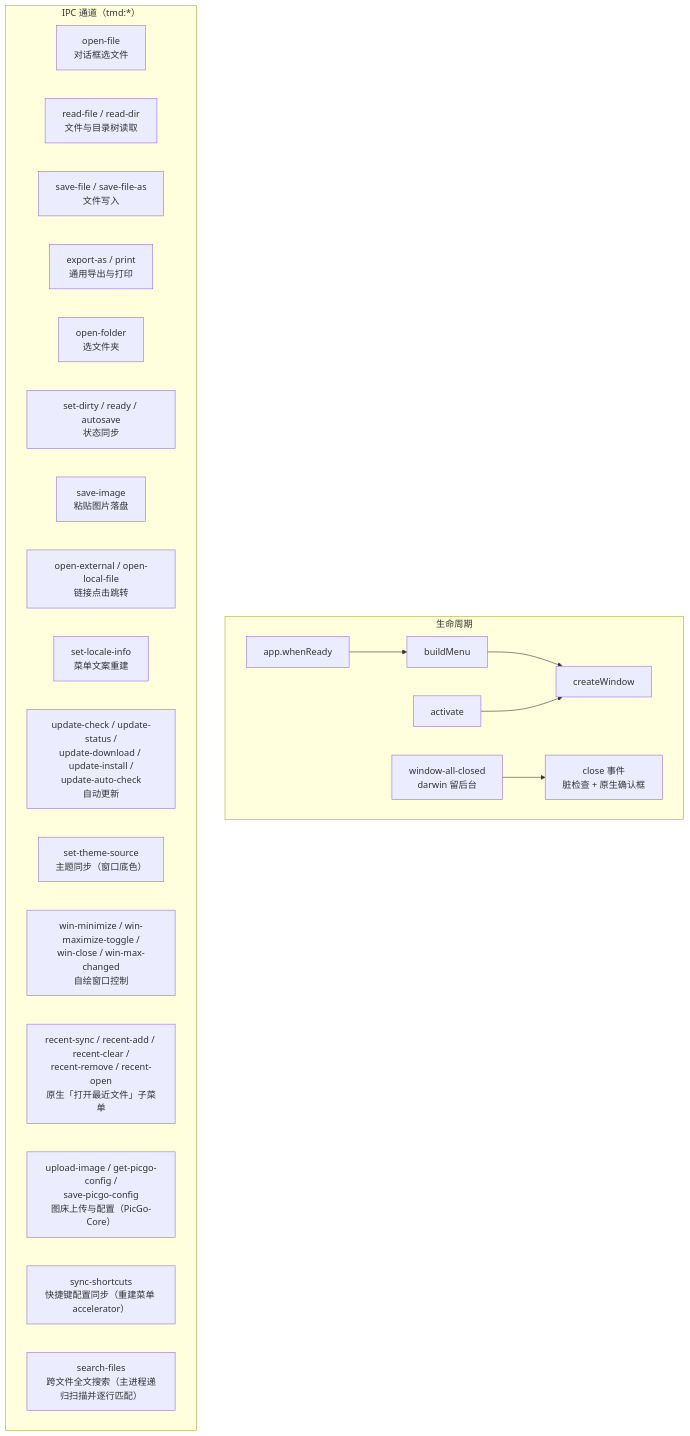
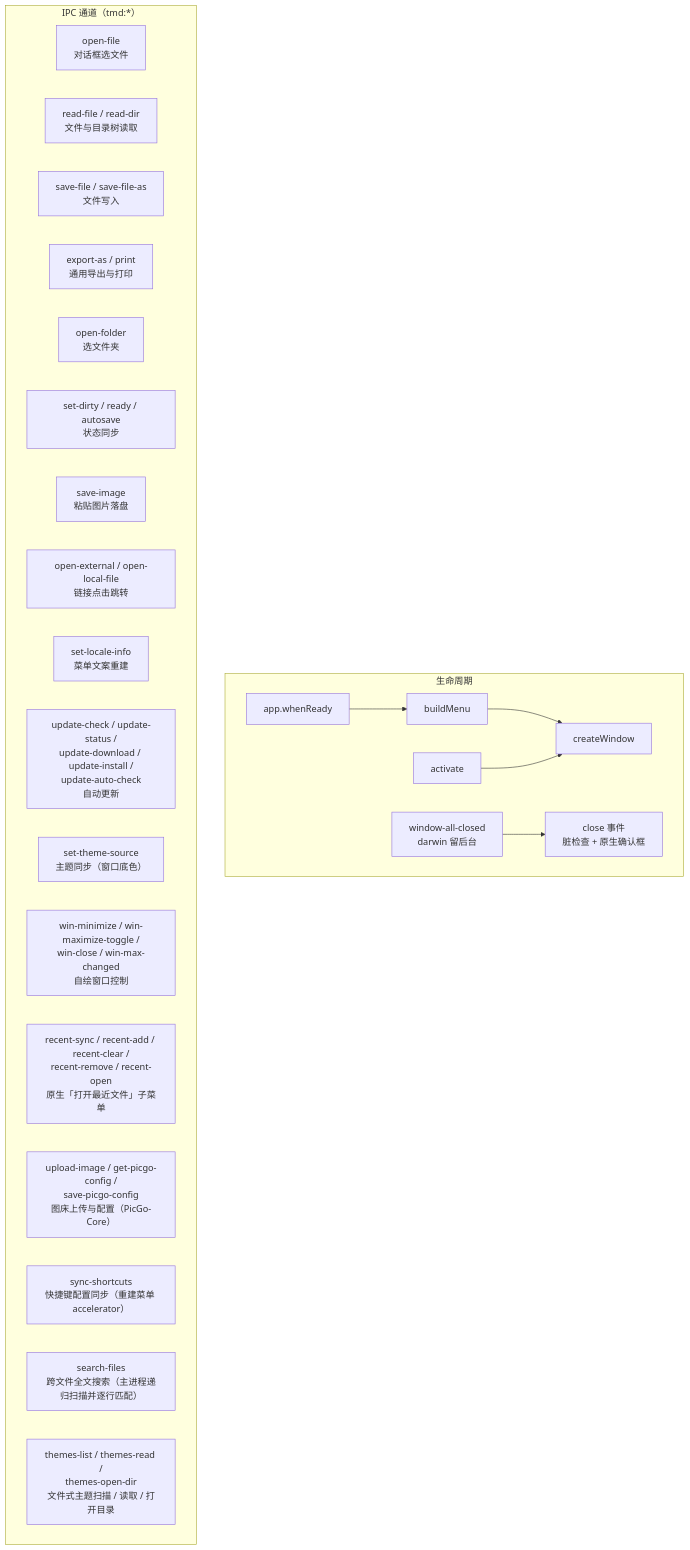
One commit to ChiangyangNPU/tmd changed the fourth of 4 diagrams in docs/架构设计.md. Above: the diagram before and after it, drawn with Mermaid. The commit also changed other lines of this file and 21 other files, not shown here.

````diff
--- a/docs/架构设计.md
+++ b/docs/架构设计.md
@@ -204,27 +204,28 @@
 ```mermaid
 flowchart TB
     subgraph 生命周期
         L1[app.whenReady] --> L2[buildMenu] --> L3[createWindow]
         L4[activate] --> L3
         L5[window-all-closed<br/>darwin 留后台] --> L6[close 事件<br/>脏检查 + 原生确认框]
     end
 
     subgraph IPC["IPC 通道（tmd:*）"]
         C1[open-file<br/>对话框选文件]
         C2[read-file / read-dir<br/>文件与目录树读取]
         C3[save-file / save-file-as<br/>文件写入]
         C4[export-as / print<br/>通用导出与打印]
         C5[open-folder<br/>选文件夹]
         C6[set-dirty / ready / autosave<br/>状态同步]
         C7[save-image<br/>粘贴图片落盘]
         C7B[open-external / open-local-file<br/>链接点击跳转]
         C8[set-locale-info<br/>菜单文案重建]
         C9[update-check / update-status /<br/>update-download / update-install /<br/>update-auto-check<br/>自动更新]
         C10[set-theme-source<br/>主题同步（窗口底色）]
         C11[win-minimize / win-maximize-toggle /<br/>win-close / win-max-changed<br/>自绘窗口控制]
         C12[recent-sync / recent-add / recent-clear /<br/>recent-remove / recent-open<br/>原生「打开最近文件」子菜单]
         C13[upload-image / get-picgo-config /<br/>save-picgo-config<br/>图床上传与配置（PicGo-Core）]
         C14[sync-shortcuts<br/>快捷键配置同步（重建菜单 accelerator）]
         C15[search-files<br/>跨文件全文搜索（主进程递归扫描并逐行匹配）]
+        C16[themes-list / themes-read /<br/>themes-open-dir<br/>文件式主题扫描 / 读取 / 打开目录]
     end
 ```
````
